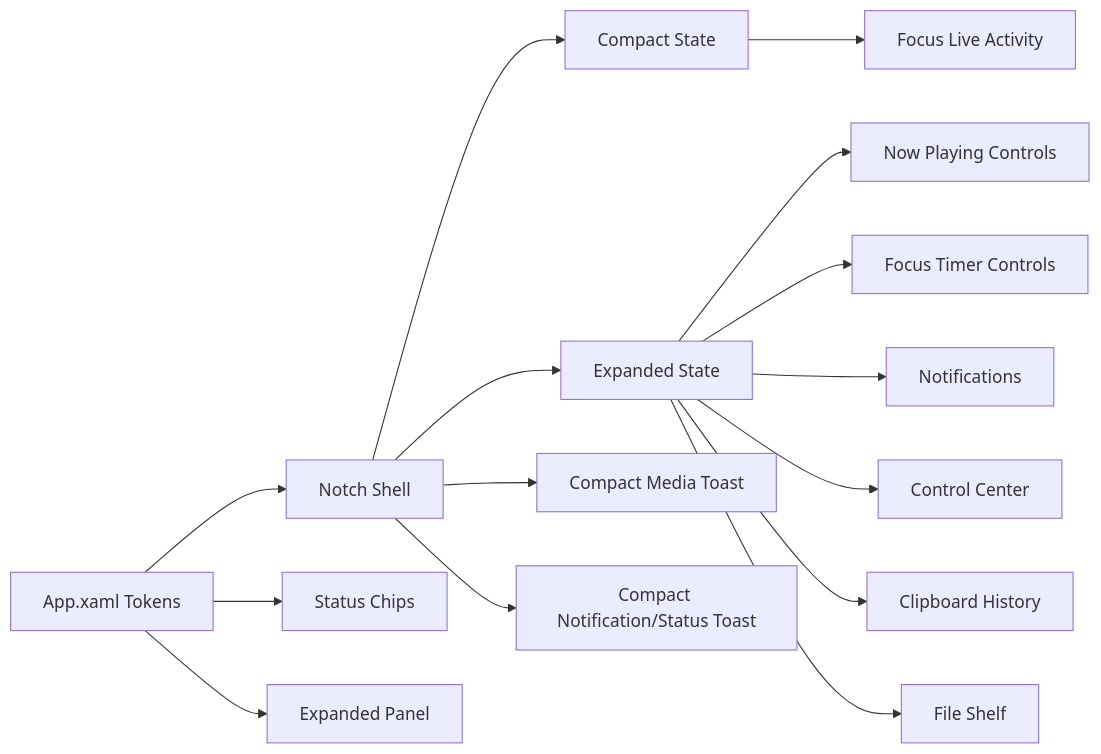
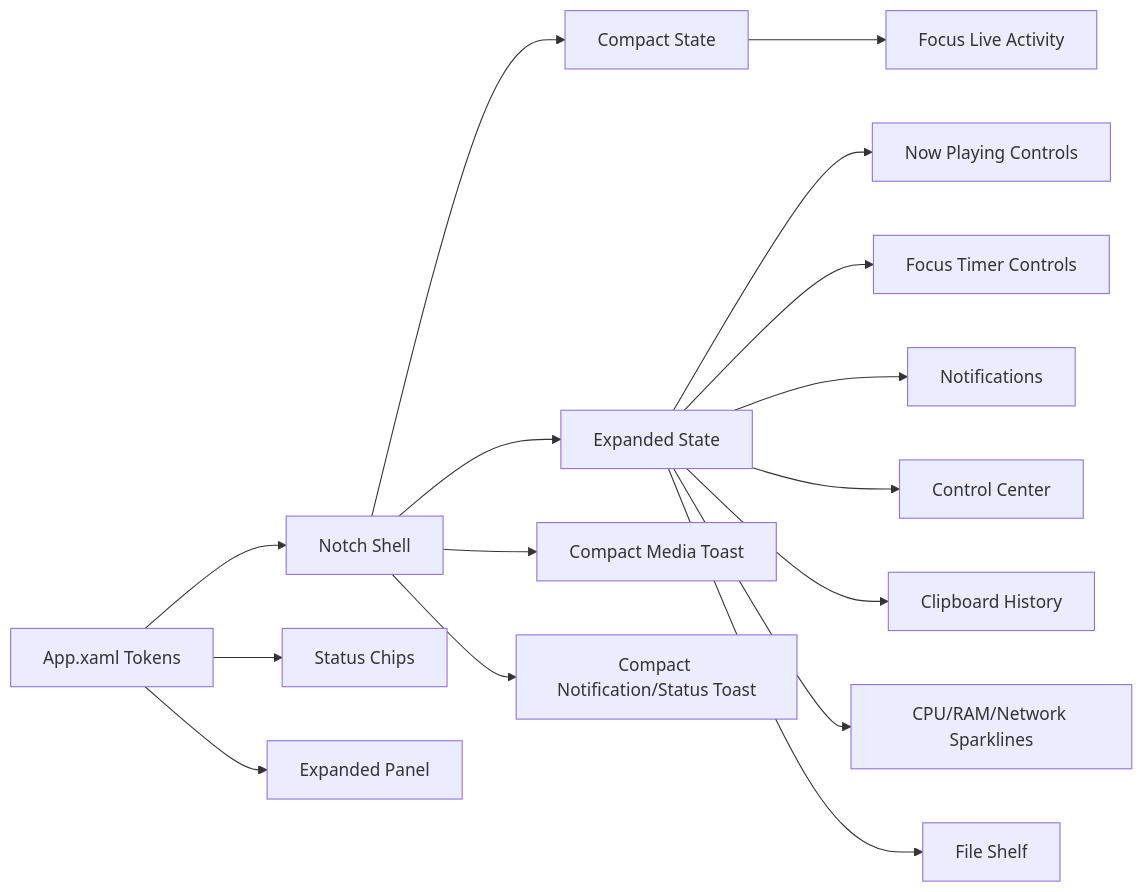
The second of 2 diagrams in docs/architecture.md (yappologistic/winotch), drawn with Mermaid before and after one commit. The commit also changed other lines of this file and 8 other files, not shown here.

Commit message:
Add expanded system stats

````diff
--- a/docs/architecture.md
+++ b/docs/architecture.md
@@ -39,17 +41,18 @@
 ```mermaid
 flowchart LR
     Tokens["App.xaml Tokens"] --> Shell["Notch Shell"]
     Tokens --> Chips["Status Chips"]
     Tokens --> Panel["Expanded Panel"]
     Shell --> Compact["Compact State"]
     Shell --> Expanded["Expanded State"]
     Expanded --> Media["Now Playing Controls"]
     Expanded --> FocusPanel["Focus Timer Controls"]
     Compact --> FocusLive["Focus Live Activity"]
     Shell --> MediaToast["Compact Media Toast"]
     Shell --> NotificationToast["Compact Notification/Status Toast"]
     Expanded --> Notifications["Notifications"]
     Expanded --> Controls["Control Center"]
     Expanded --> Clipboard["Clipboard History"]
+    Expanded --> Stats["CPU/RAM/Network Sparklines"]
     Expanded --> Shelf["File Shelf"]
 ```
````
